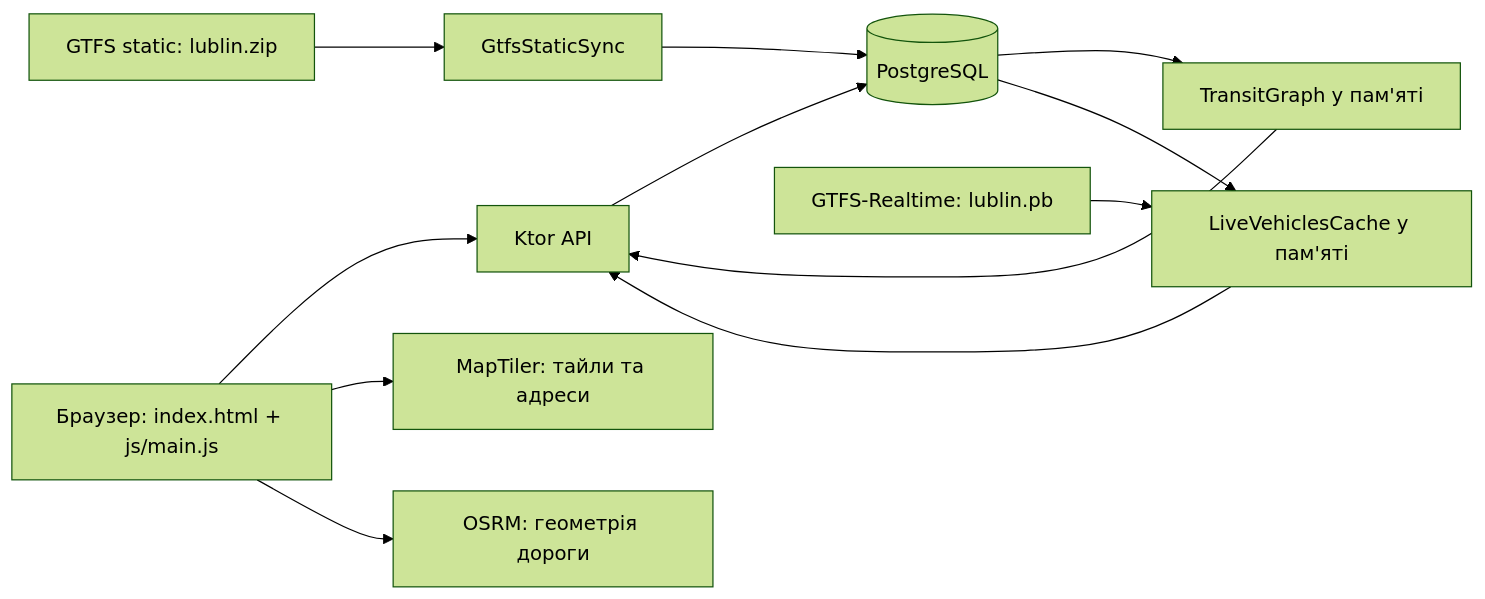
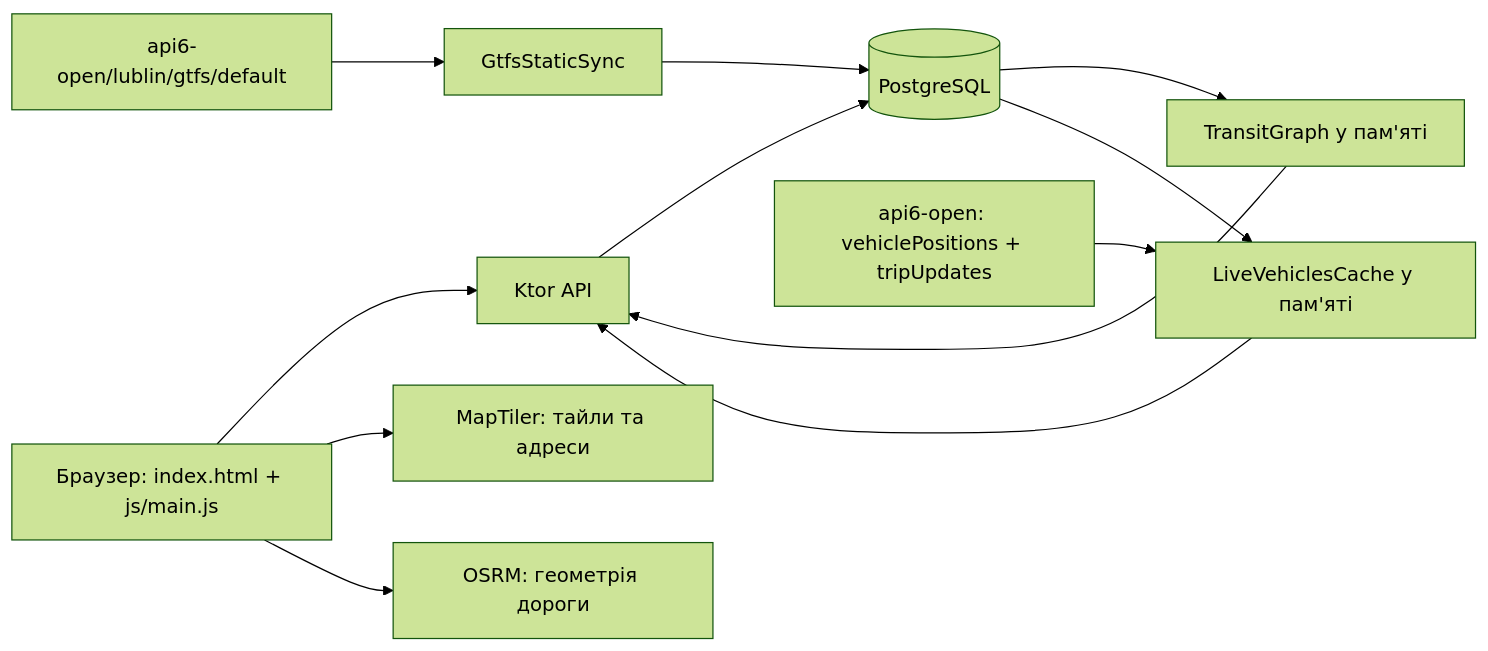
The diagram in docs/architecture.md (artemechanik/transit-alert), drawn with Mermaid (forest theme) before and after one commit. The commit also changed other lines of this file and 11 other files, not shown here.

Commit message:
fix: migrate Lublin GTFS feeds to api6-open

````diff
--- a/docs/architecture.md
+++ b/docs/architecture.md
@@ -19,14 +20,14 @@
 ```mermaid
 flowchart LR
     UI[Браузер: index.html + js/main.js] --> API[Ktor API]
     API --> DB[(PostgreSQL)]
-    STATIC[GTFS static: lublin.zip] --> SYNC[GtfsStaticSync]
+    STATIC[api6-open/lublin/gtfs/default] --> SYNC[GtfsStaticSync]
     SYNC --> DB
     DB --> GRAPH[TransitGraph у пам'яті]
     GRAPH --> API
-    RT[GTFS-Realtime: lublin.pb] --> LIVE[LiveVehiclesCache у пам'яті]
+    RT[api6-open: vehiclePositions + tripUpdates] --> LIVE[LiveVehiclesCache у пам'яті]
     DB --> LIVE
     LIVE --> API
     UI --> MT[MapTiler: тайли та адреси]
     UI --> OSRM[OSRM: геометрія дороги]
 ```
````
